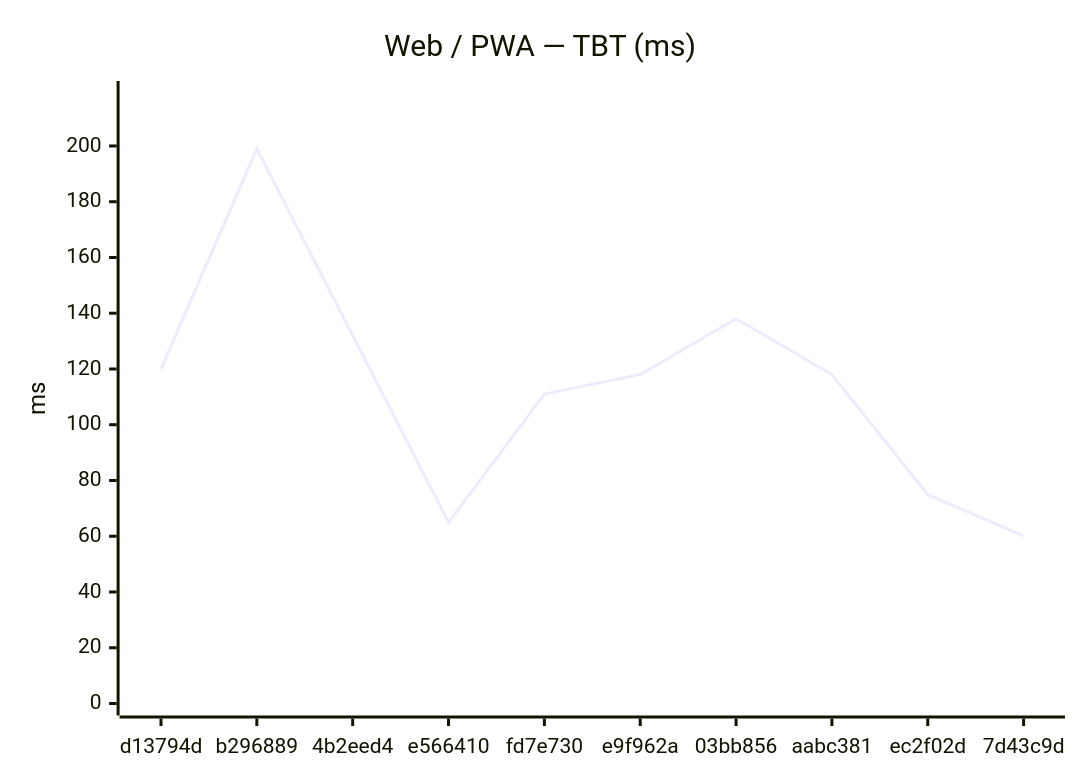
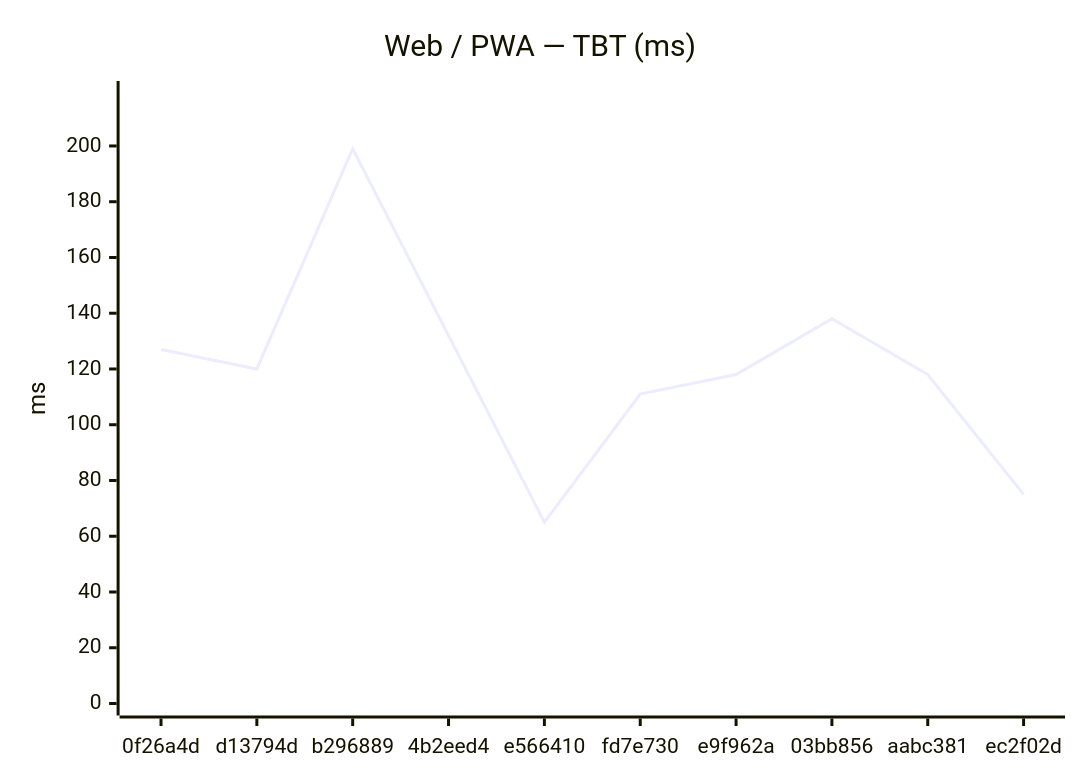
The second of 18 diagrams in benchmarks/compare.md (Metaheurist/Rianell), drawn with Mermaid before and after one commit. The commit also changed other lines of this file and 11 other files, not shown here.

````diff
--- a/benchmarks/compare.md
+++ b/benchmarks/compare.md
@@ -31,7 +31,7 @@
 ```mermaid
 xychart-beta
     title "Web / PWA — TBT (ms)"
-    x-axis ["d13794d", "b296889", "4b2eed4", "e566410", "fd7e730", "e9f962a", "03bb856", "aabc381", "ec2f02d", "7d43c9d"]
+    x-axis ["0f26a4d", "d13794d", "b296889", "4b2eed4", "e566410", "fd7e730", "e9f962a", "03bb856", "aabc381", "ec2f02d"]
     y-axis "ms" 0 --> 219
-    line [120, 199, 132, 65, 111, 118, 138, 118, 75, 60]
+    line [127, 120, 199, 132, 65, 111, 118, 138, 118, 75]
 ```
````
